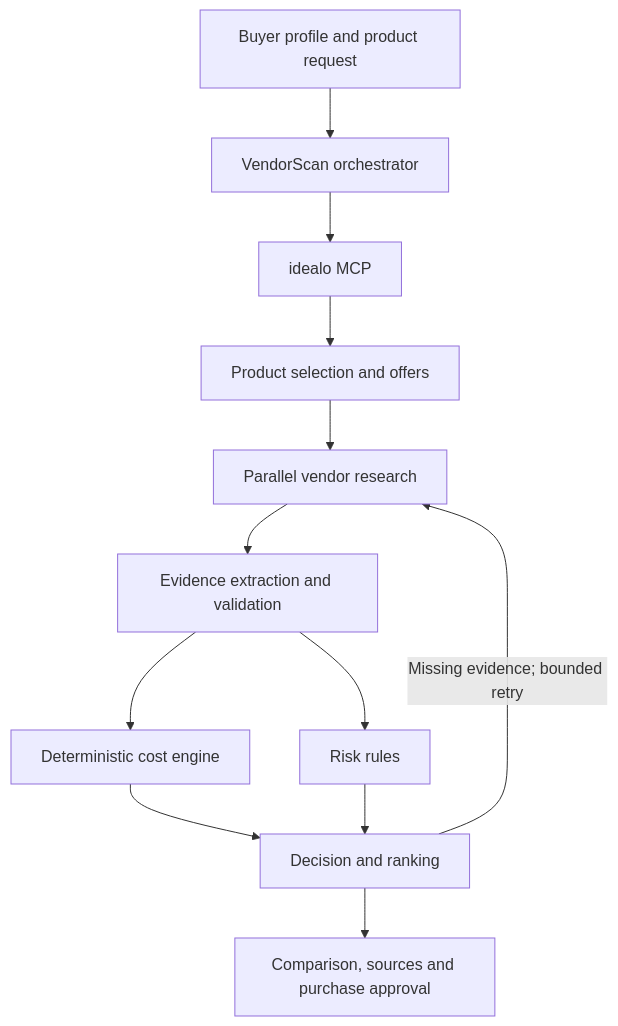
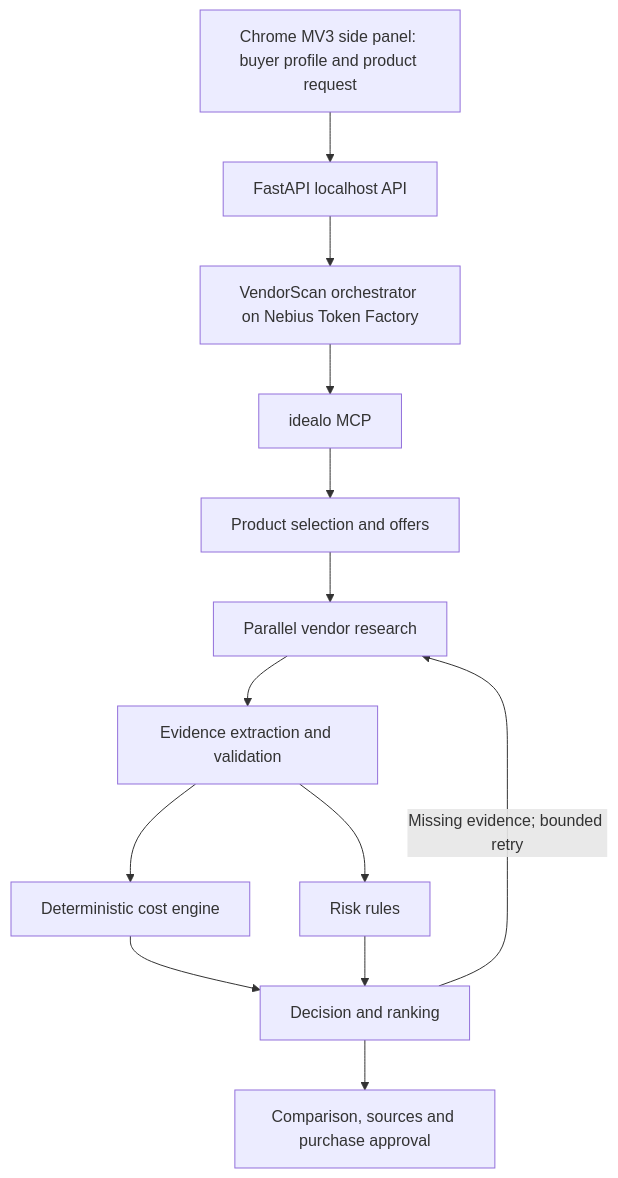
Before and after one commit to mechitall/VendorScan: the diagram in PLAN.md, drawn with Mermaid. The commit also changed other lines of this file, not shown here.

Commit message:
Make Chrome side panel the VendorScan MVP frontend

````diff
--- a/PLAN.md
+++ b/PLAN.md
@@ -43,14 +43,15 @@
 ```mermaid
 flowchart TD
-  U[Buyer profile and product request] --> A[VendorScan orchestrator]
+  U[Chrome MV3 side panel: buyer profile and product request] --> API[FastAPI localhost API]
+  API --> A[VendorScan orchestrator on Nebius Token Factory]
   A --> I[idealo MCP]
   I --> P[Product selection and offers]
   P --> V[Parallel vendor research]
   V --> E[Evidence extraction and validation]
   E --> C[Deterministic cost engine]
   E --> R[Risk rules]
   C --> D[Decision and ranking]
   R --> D
   D --> UI[Comparison, sources and purchase approval]
   D -->|Missing evidence; bounded retry| V
 ```
````
